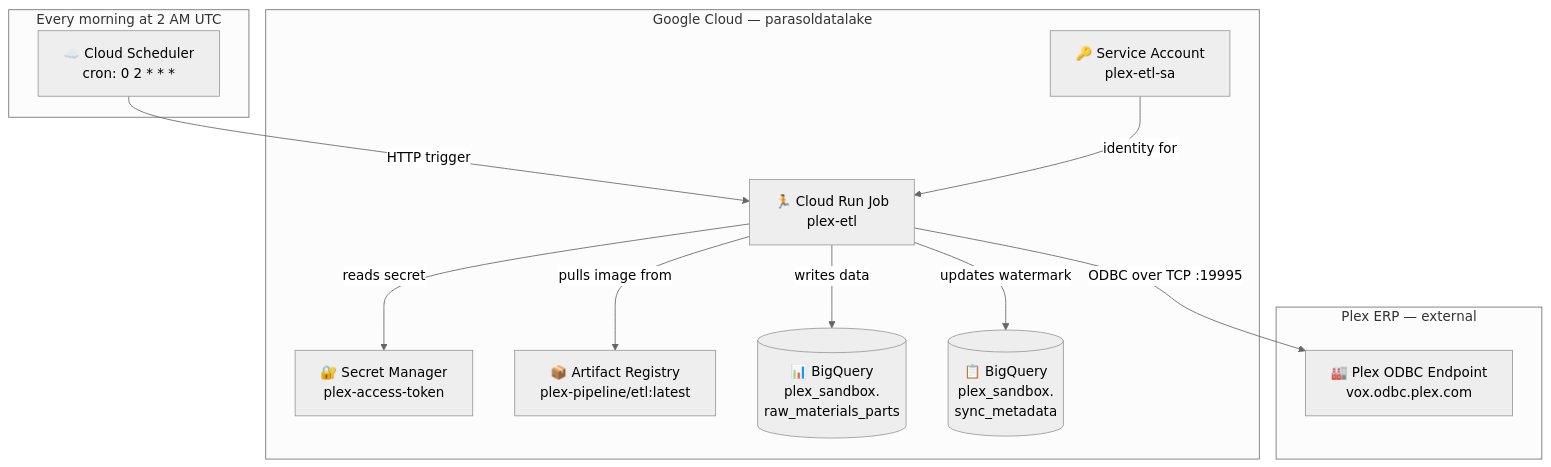
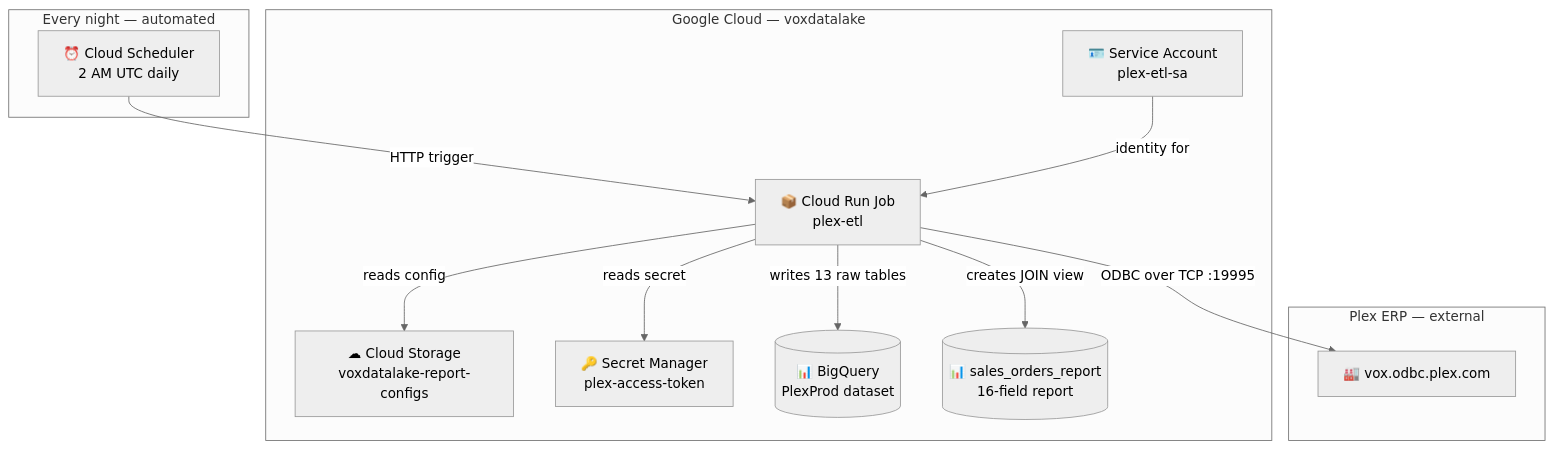
Before and after one commit to Parasol-Group-Inc/plex-to-big-query: the first of 5 diagrams in docs/FRONTEND_GUIDE.md, drawn with Mermaid (neutral theme). The commit also changed other lines of this file and 9 other files, not shown here.

First line of the commit message:
add work orders report pipeline with code-review fixes

````diff
--- a/docs/FRONTEND_GUIDE.md
+++ b/docs/FRONTEND_GUIDE.md
@@ -19,19 +19,19 @@
 ```mermaid
 graph TD
-    subgraph "Every morning at 2 AM UTC"
-        CS[☁️ Cloud Scheduler\ncron: 0 2 * * *]
+    subgraph "Every night — automated"
+        CS[⏰ Cloud Scheduler\n2 AM UTC daily]
     end
 
-    subgraph "Google Cloud — parasoldatalake"
-        CS -->|HTTP trigger| CRJ[🏃 Cloud Run Job\nplex-etl]
-        CRJ -->|reads secret| SM[🔐 Secret Manager\nplex-access-token]
-        CRJ -->|pulls image from| AR[📦 Artifact Registry\nplex-pipeline/etl:latest]
-        SA[🔑 Service Account\nplex-etl-sa] -->|identity for| CRJ
-        CRJ -->|writes data| BQ[(📊 BigQuery\nplex_sandbox.\nraw_materials_parts)]
-        CRJ -->|updates watermark| META[(📋 BigQuery\nplex_sandbox.\nsync_metadata)]
+    subgraph "Google Cloud — voxdatalake"
+        CS -->|HTTP trigger| CRJ[📦 Cloud Run Job\nplex-etl]
+        CRJ -->|reads config| GCS[☁ Cloud Storage\nvoxdatalake-report-configs]
+        CRJ -->|reads secret| SM[🔑 Secret Manager\nplex-access-token]
+        SA[🪪 Service Account\nplex-etl-sa] -->|identity for| CRJ
+        CRJ -->|writes 13 raw tables| BQ[(📊 BigQuery\nPlexProd dataset)]
+        CRJ -->|creates JOIN view| VIEW[(📊 sales_orders_report\n16-field report)]
     end
 
     subgraph "Plex ERP — external"
-        CRJ -->|ODBC over TCP :19995| PLEX[🏭 Plex ODBC Endpoint\nvox.odbc.plex.com]
+        CRJ -->|ODBC over TCP :19995| PLEX[🏭 vox.odbc.plex.com]
     end
 ```
````
